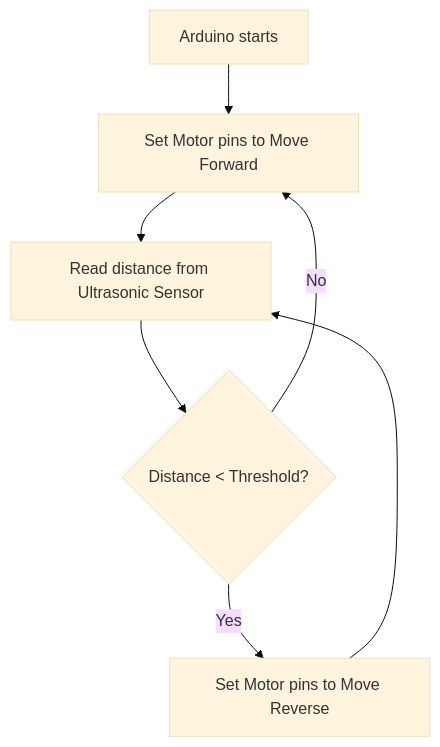
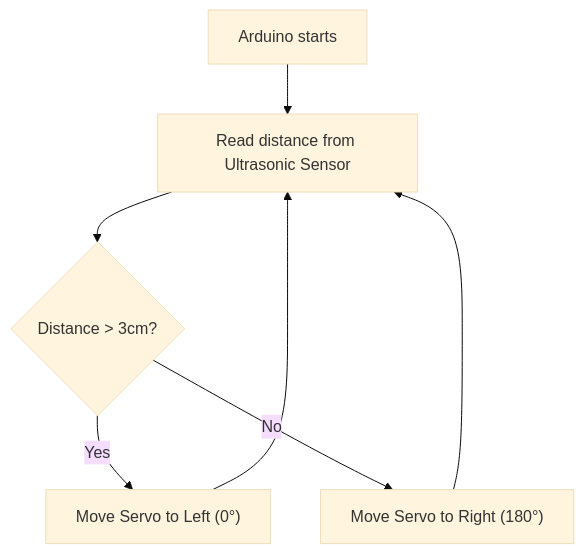
The second of 2 diagrams in docs/connections.md (Danncode10/Robotics-2-Template), drawn with Mermaid (base theme) before and after one commit. The commit also changed other lines of this file and 2 other files, not shown here.

Commit message:
refactor: replace DC motor prototype with servo motor implementation

````diff
--- a/docs/connections.md
+++ b/docs/connections.md
@@ -68,15 +54,15 @@
 ```mermaid
 flowchart TD
     Start["Arduino starts"]
-    MoveForward["Set Motor pins to Move Forward"]
     ReadDist["Read distance from Ultrasonic Sensor"]
-    CheckDist{"Distance < Threshold?"}
-    MoveReverse["Set Motor pins to Move Reverse"]
+    CheckDist{"Distance > 3cm?"}
+    MoveLeft["Move Servo to Left (0°)"]
+    MoveRight["Move Servo to Right (180°)"]
 
-    Start --> MoveForward
-    MoveForward --> ReadDist
+    Start --> ReadDist
     ReadDist --> CheckDist
-    CheckDist -- "No" --> MoveForward
-    CheckDist -- "Yes" --> MoveReverse
-    MoveReverse --> ReadDist
+    CheckDist -- "Yes" --> MoveLeft
+    CheckDist -- "No" --> MoveRight
+    MoveLeft --> ReadDist
+    MoveRight --> ReadDist
 ```
````
